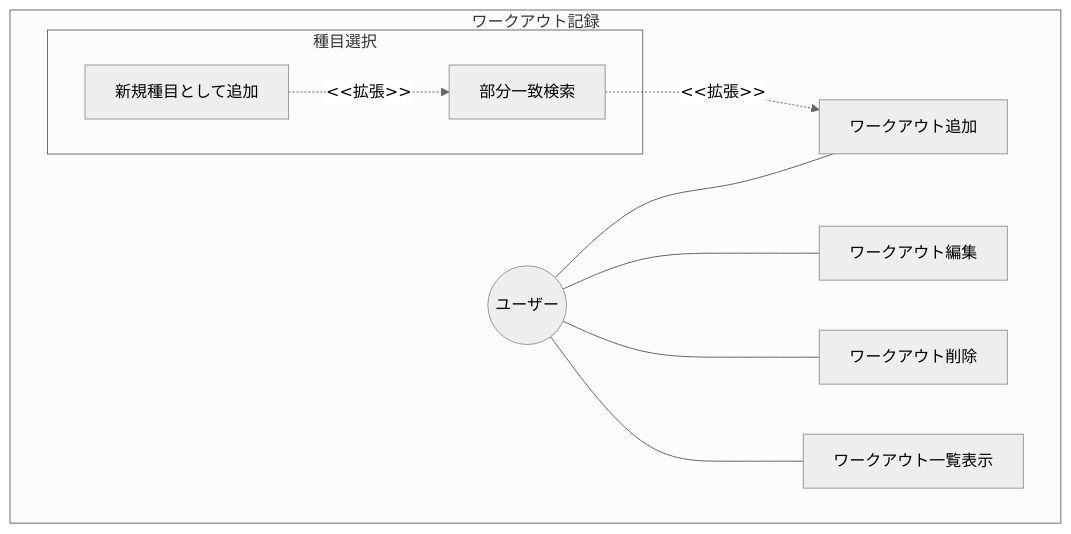
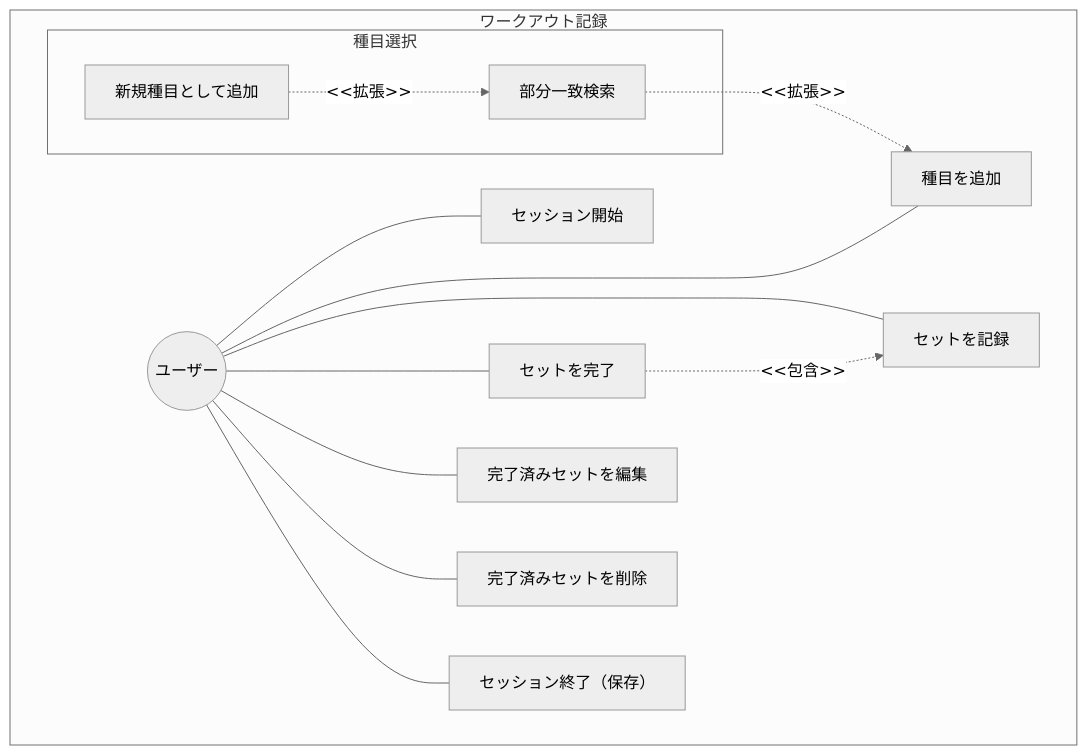
One commit to SakumaTakuya/gymini changed the first of 2 diagrams in .sdd/requirement/workout/index.md. Above: the diagram before and after it, drawn with Mermaid (neutral theme). The commit also changed other lines of this file and 9 other files, not shown here.

````diff
--- a/.sdd/requirement/workout/index.md
+++ b/.sdd/requirement/workout/index.md
@@ -27,22 +29,29 @@
 ```mermaid
 graph TB
     subgraph "ワークアウト記録"
         User((ユーザー))
-        AddWorkout[ワークアウト追加]
-        EditWorkout[ワークアウト編集]
-        DeleteWorkout[ワークアウト削除]
-        ListWorkout[ワークアウト一覧表示]
+        StartSession[セッション開始]
+        AddExercise[種目を追加]
+        RecordSet[セットを記録]
+        CompleteSet[セットを完了]
+        EditSet[完了済みセットを編集]
+        DeleteSet[完了済みセットを削除]
+        EndSession[セッション終了（保存）]
 
         subgraph "種目選択"
             Search[部分一致検索]
             AddNewExercise[新規種目として追加]
         end
     end
 
-    User --- AddWorkout
-    User --- EditWorkout
-    User --- DeleteWorkout
-    User --- ListWorkout
-    Search -.->|"<<拡張>>"| AddWorkout
+    User --- StartSession
+    User --- AddExercise
+    User --- RecordSet
+    User --- CompleteSet
+    User --- EditSet
+    User --- DeleteSet
+    User --- EndSession
+    Search -.->|"<<拡張>>"| AddExercise
     AddNewExercise -.->|"<<拡張>>"| Search
+    CompleteSet -.->|"<<包含>>"| RecordSet
 ```
````
